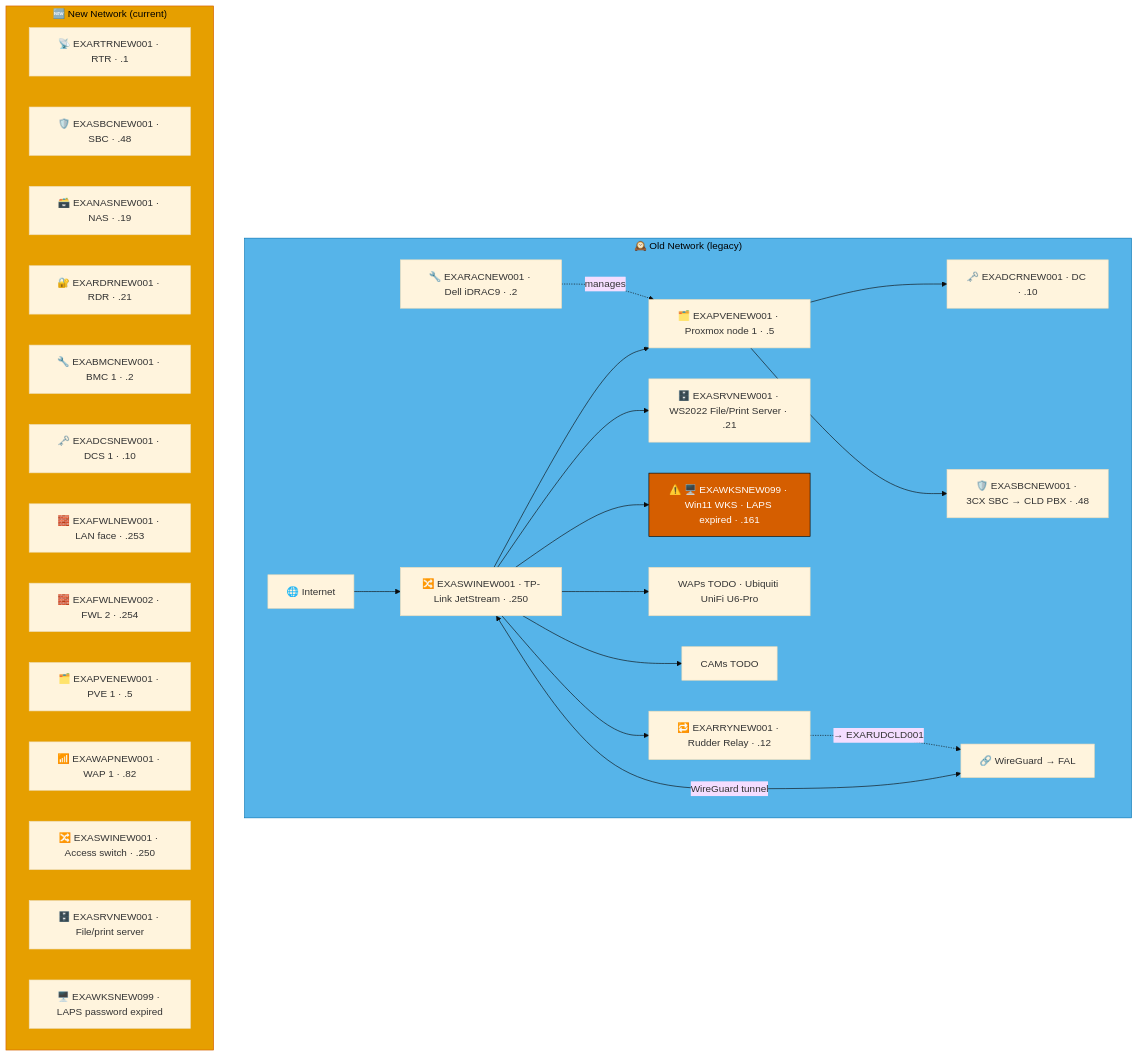
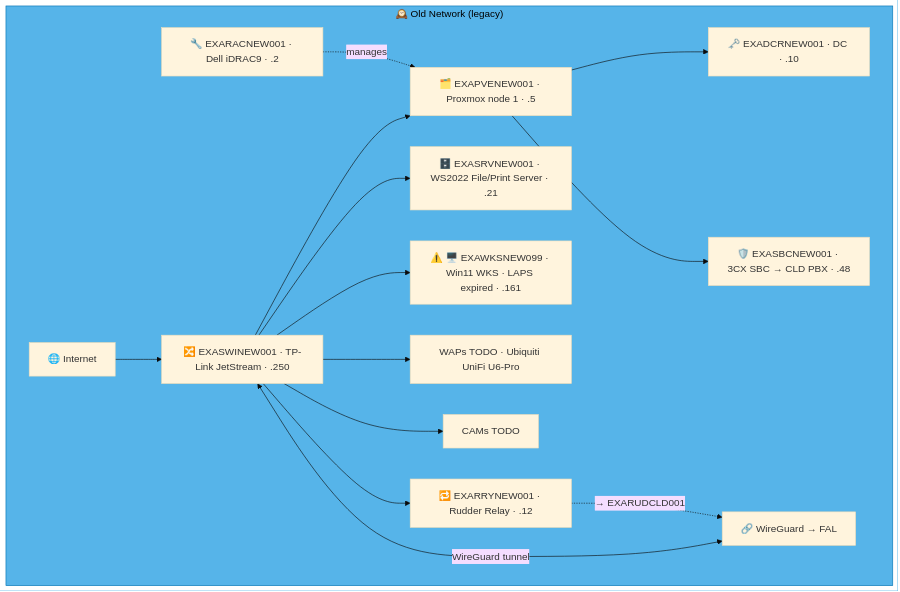
The ninth of 18 diagrams in docs/network-diagram/england.md (knightmare2600/example_music_infra), drawn with Mermaid (base theme) before and after one commit. The commit also changed other lines of this file and 35 other files, not shown here.

````diff
--- a/docs/network-diagram/england.md
+++ b/docs/network-diagram/england.md
@@ -276,47 +375,27 @@
 ```mermaid
 graph TD
     subgraph OLD_NEW ["🕰️ Old Network (legacy)"]
       INET["🌐 Internet"]
       SW["🔀 EXASWINEW001 · TP-Link JetStream · .250"]
       RAC["🔧 EXARACNEW001 · Dell iDRAC9 · .2"]
       PVE["🗂️ EXAPVENEW001 · Proxmox node 1 · .5"]
       DC["🗝️ EXADCRNEW001 · DC · .10"]
       SBC["🛡️ EXASBCNEW001 · 3CX SBC → CLD PBX · .48"]
       RRY["🔁 EXARRYNEW001 · Rudder Relay · .12"]
       SRV["🗄️ EXASRVNEW001 · WS2022 File/Print Server · .21"]
       WKS["⚠️ 🖥️ EXAWKSNEW099 · Win11 WKS · LAPS expired · .161"]
       WAP["WAPs TODO · Ubiquiti UniFi U6-Pro"]
       CAM["CAMs TODO"]
       VPN["🔗 WireGuard → FAL"]
 
       INET --> SW
       SW --> PVE --> DC & SBC
       RAC -.->|"manages"| PVE
       SW --> SRV & WKS & WAP & CAM
       SW <-->|"WireGuard tunnel"| VPN
 
       SW --> RRY
       RRY -. "→ EXARUDCLD001" .-> VPN
     end
     style OLD_NEW fill:#56B4E9,stroke:#0072B2,color:#000000
-    %% GENERATED:NEW-NETWORK:NEW:START
-    subgraph NEW_NEW ["🆕 New Network (current)"]
-      N_RTR["📡 EXARTRNEW001 · RTR · .1"]
-      N_SBC["🛡️ EXASBCNEW001 · SBC · .48"]
-      N_NAS["🗃️ EXANASNEW001 · NAS · .19"]
-      N_RDR["🔐 EXARDRNEW001 · RDR · .21"]
-      N_BMC["🔧 EXABMCNEW001 · BMC 1 · .2"]
-      N_DCS["🗝️ EXADCSNEW001 · DCS 1 · .10"]
-      N_FWL["🧱 EXAFWLNEW001 · LAN face · .253"]
-      N_FWL2["🧱 EXAFWLNEW002 · FWL 2 · .254"]
-      N_PVE["🗂️ EXAPVENEW001 · PVE 1 · .5"]
-      N_WAP["📶 EXAWAPNEW001 · WAP 1 · .82"]
-      N_SWI["🔀 EXASWINEW001 · Access switch · .250"]
-      N_SRV["🗄️ EXASRVNEW001 · File/print server"]
-      N_WKS["🖥️ EXAWKSNEW099 · LAPS password expired"]
-    end
-    style NEW_NEW fill:#E69F00,stroke:#D55E00,color:#000000
-    %% GENERATED:NEW-NETWORK:NEW:END
-    classDef warn fill:#D55E00,stroke:#000000,color:#ffffff
-    class WKS warn
 ```
````
